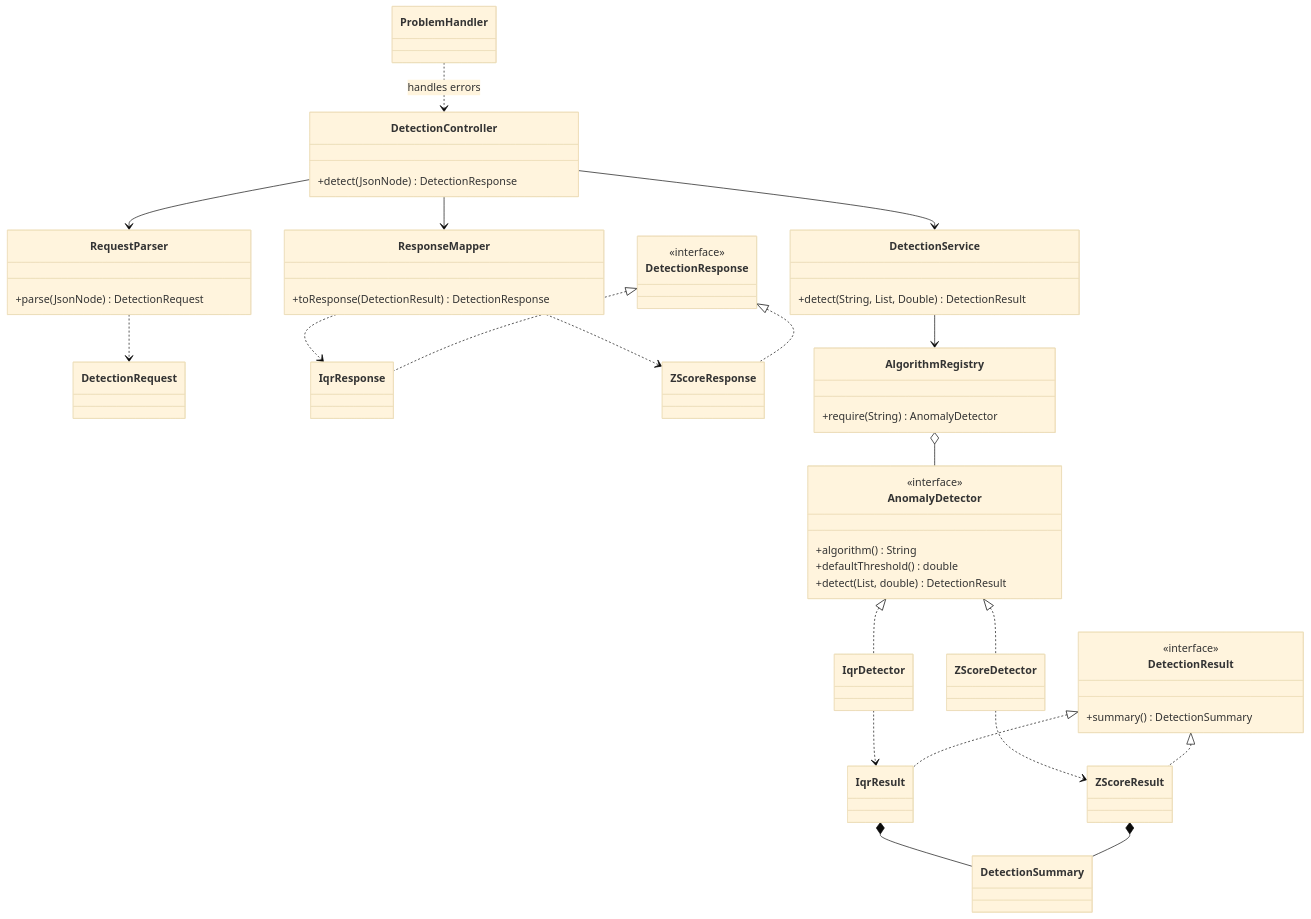
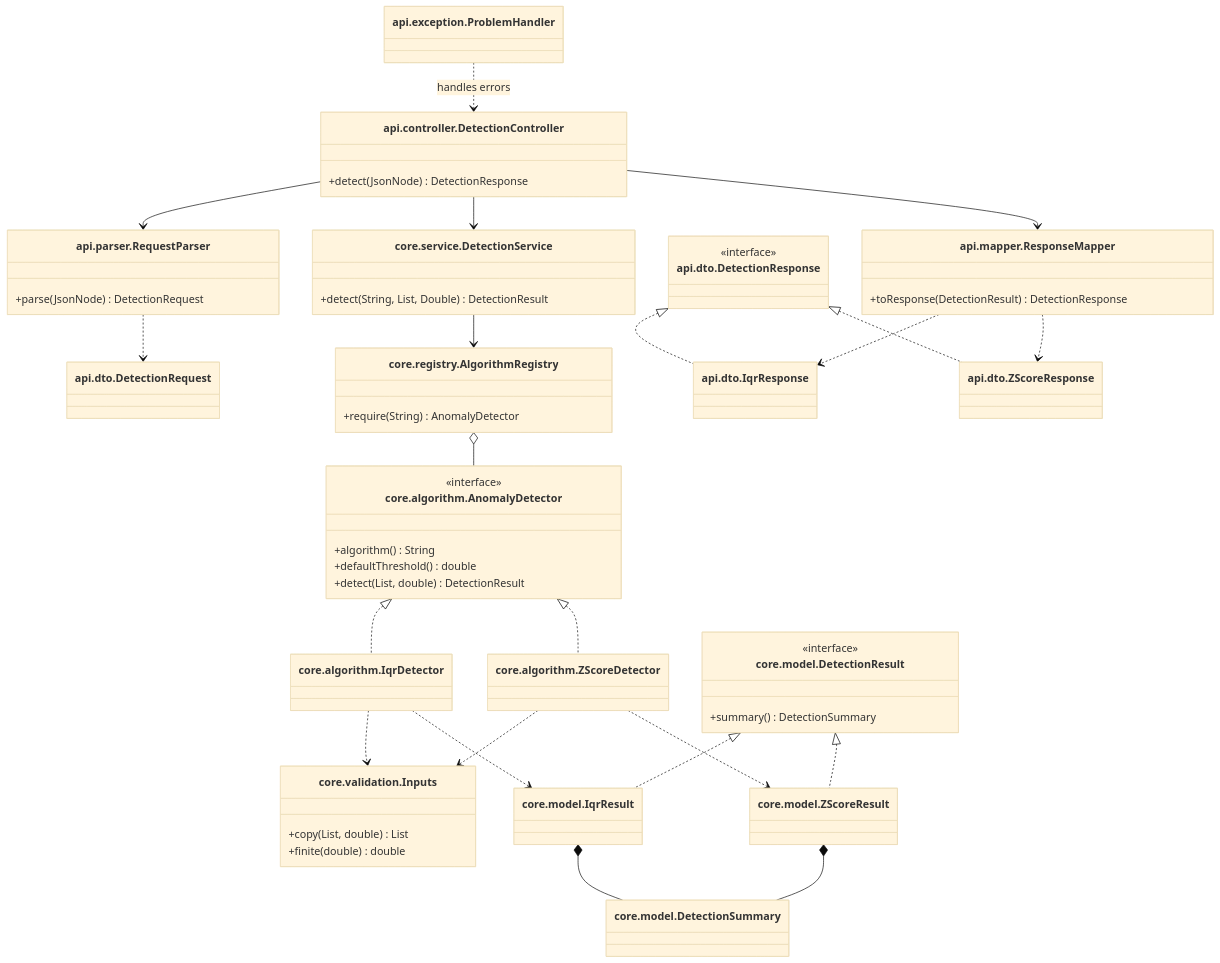
The diagram in docs/architecture.md (ali-souri/anomaly-detection), drawn with Mermaid (base theme) before and after one commit. The commit also changed other lines of this file and 9 other files, not shown here.

````diff
--- a/docs/architecture.md
+++ b/docs/architecture.md
@@ -23,59 +49,65 @@
 ```mermaid
 classDiagram
-    class DetectionController {
+    class DetectionController["api.controller.DetectionController"] {
       +detect(JsonNode) DetectionResponse
     }
-    class RequestParser {
+    class RequestParser["api.parser.RequestParser"] {
       +parse(JsonNode) DetectionRequest
     }
-    class DetectionRequest
-    class ResponseMapper {
+    class DetectionRequest["api.dto.DetectionRequest"]
+    class ResponseMapper["api.mapper.ResponseMapper"] {
       +toResponse(DetectionResult) DetectionResponse
     }
-    class DetectionResponse {
+    class DetectionResponse["api.dto.DetectionResponse"] {
       <<interface>>
     }
-    class IqrResponse
-    class ZScoreResponse
-    class DetectionService {
+    class IqrResponse["api.dto.IqrResponse"]
+    class ZScoreResponse["api.dto.ZScoreResponse"]
+    class DetectionService["core.service.DetectionService"] {
       +detect(String, List, Double) DetectionResult
     }
-    class AlgorithmRegistry {
+    class AlgorithmRegistry["core.registry.AlgorithmRegistry"] {
       +require(String) AnomalyDetector
     }
-    class AnomalyDetector {
+    class AnomalyDetector["core.algorithm.AnomalyDetector"] {
       <<interface>>
       +algorithm() String
       +defaultThreshold() double
       +detect(List, double) DetectionResult
     }
-    class IqrDetector
-    class ZScoreDetector
-    class DetectionResult {
+    class IqrDetector["core.algorithm.IqrDetector"]
+    class ZScoreDetector["core.algorithm.ZScoreDetector"]
+    class DetectionResult["core.model.DetectionResult"] {
       <<interface>>
       +summary() DetectionSummary
     }
-    class IqrResult
-    class ZScoreResult
-    class DetectionSummary
-    class ProblemHandler
+    class IqrResult["core.model.IqrResult"]
+    class ZScoreResult["core.model.ZScoreResult"]
+    class DetectionSummary["core.model.DetectionSummary"]
+    class Inputs["core.validation.Inputs"] {
+      +copy(List, double) List
+      +finite(double) double
+    }
+    class ProblemHandler["api.exception.ProblemHandler"]
     DetectionController --> RequestParser
     RequestParser ..> DetectionRequest
     DetectionController --> DetectionService
     DetectionController --> ResponseMapper
     ResponseMapper ..> IqrResponse
     ResponseMapper ..> ZScoreResponse
     DetectionResponse <|.. IqrResponse
     DetectionResponse <|.. ZScoreResponse
     DetectionService --> AlgorithmRegistry
     AlgorithmRegistry o-- AnomalyDetector
     AnomalyDetector <|.. IqrDetector
     AnomalyDetector <|.. ZScoreDetector
+    IqrDetector ..> Inputs
+    ZScoreDetector ..> Inputs
     IqrDetector ..> IqrResult
     ZScoreDetector ..> ZScoreResult
     DetectionResult <|.. IqrResult
     DetectionResult <|.. ZScoreResult
     IqrResult *-- DetectionSummary
     ZScoreResult *-- DetectionSummary
     ProblemHandler ..> DetectionController : handles errors
 ```
````
